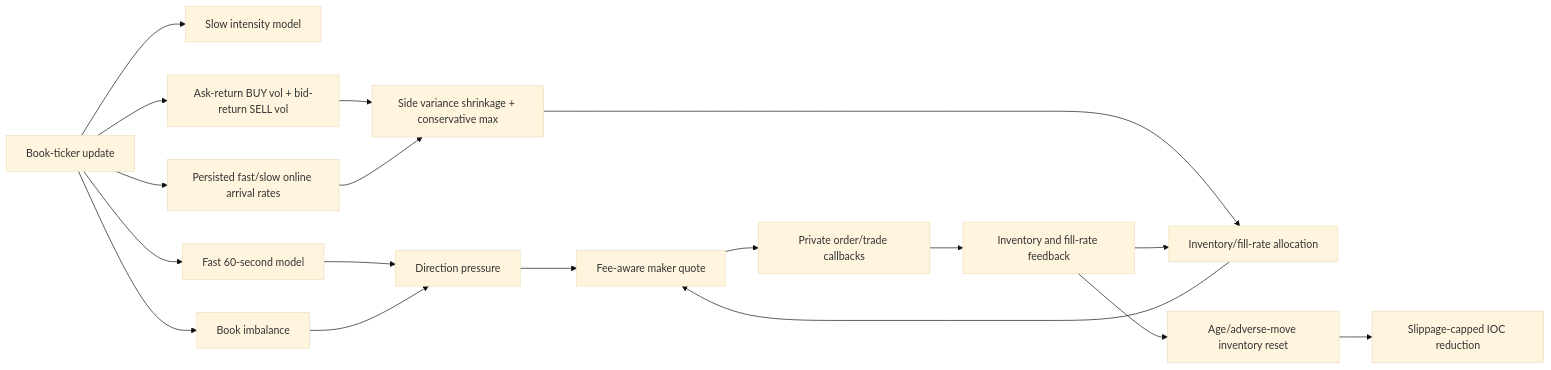
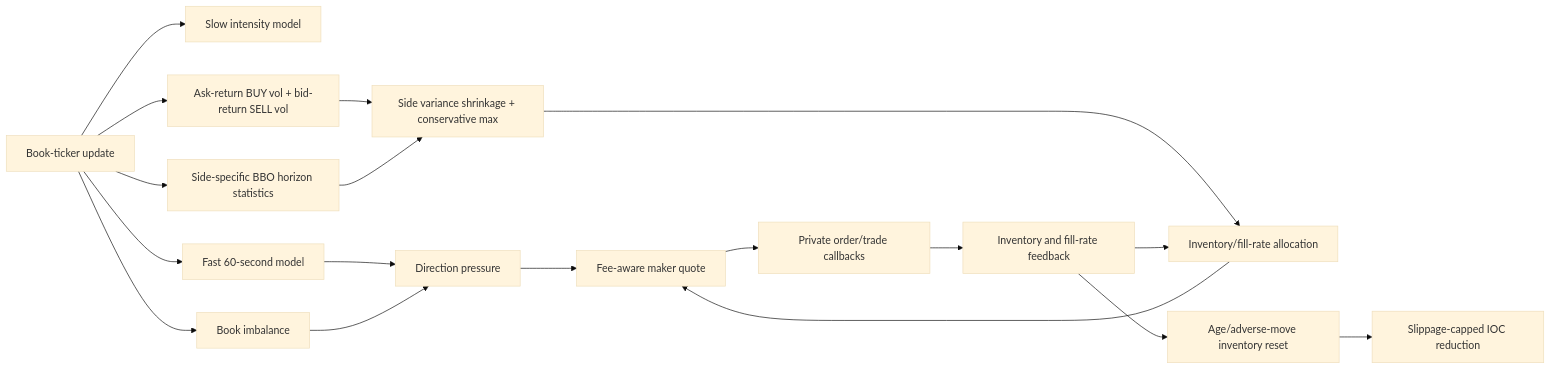
One commit to zenixls2/bbgo changed the fourth of 4 diagrams in docs/gammacapture.md. Above: the diagram before and after it, drawn with Mermaid (base theme). The commit also changed other lines of this file and 105 other files, not shown here.

````diff
--- a/docs/gammacapture.md
+++ b/docs/gammacapture.md
@@ -220,20 +222,20 @@
 ```mermaid
 flowchart LR
   BBO[Book-ticker update] --> SLOW[Slow intensity model]
   BBO --> FAST[Fast 60-second model]
   BBO --> IMB[Book imbalance]
   BBO --> VOL[Ask-return BUY vol + bid-return SELL vol]
-  BBO --> H[Persisted fast/slow online arrival rates]
+  BBO --> H[Side-specific BBO horizon statistics]
   FAST --> PRESS[Direction pressure]
   IMB --> PRESS
   VOL --> SIZE[Side variance shrinkage + conservative max]
   H --> SIZE
   SIZE --> ALLOC[Inventory/fill-rate allocation]
   PRESS --> QUOTE[One price-skew layer]
   ALLOC --> QUOTE[Fee-aware maker quote]
   QUOTE --> FILL[Private order/trade callbacks]
   FILL --> INV[Inventory and fill-rate feedback]
   INV --> ALLOC
   INV --> RESET[Age/adverse-move inventory reset]
   RESET --> IOC[Slippage-capped IOC reduction]
 ```
````
